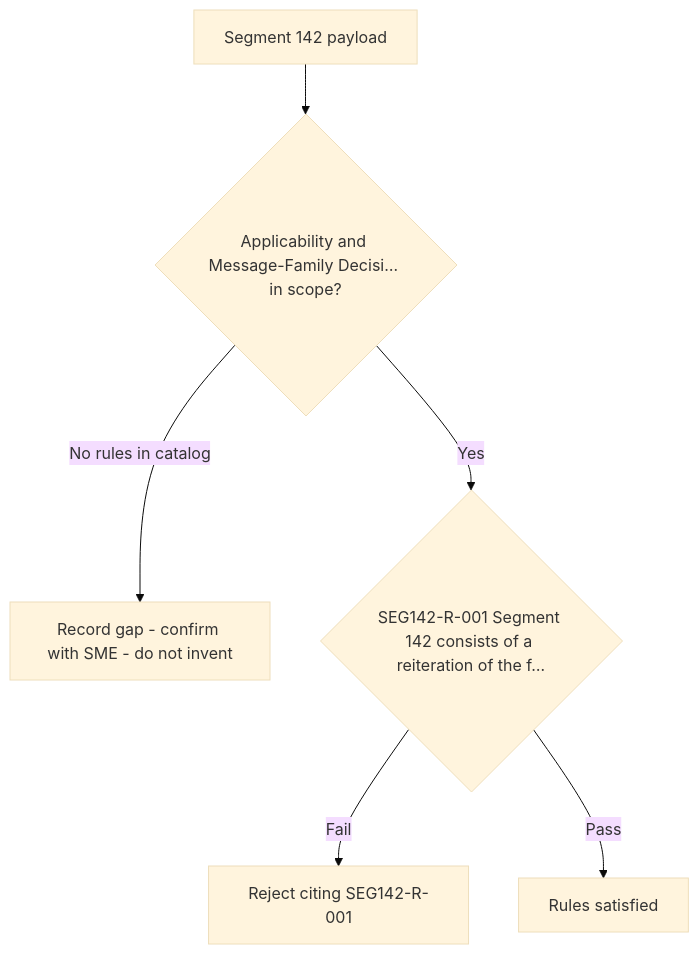
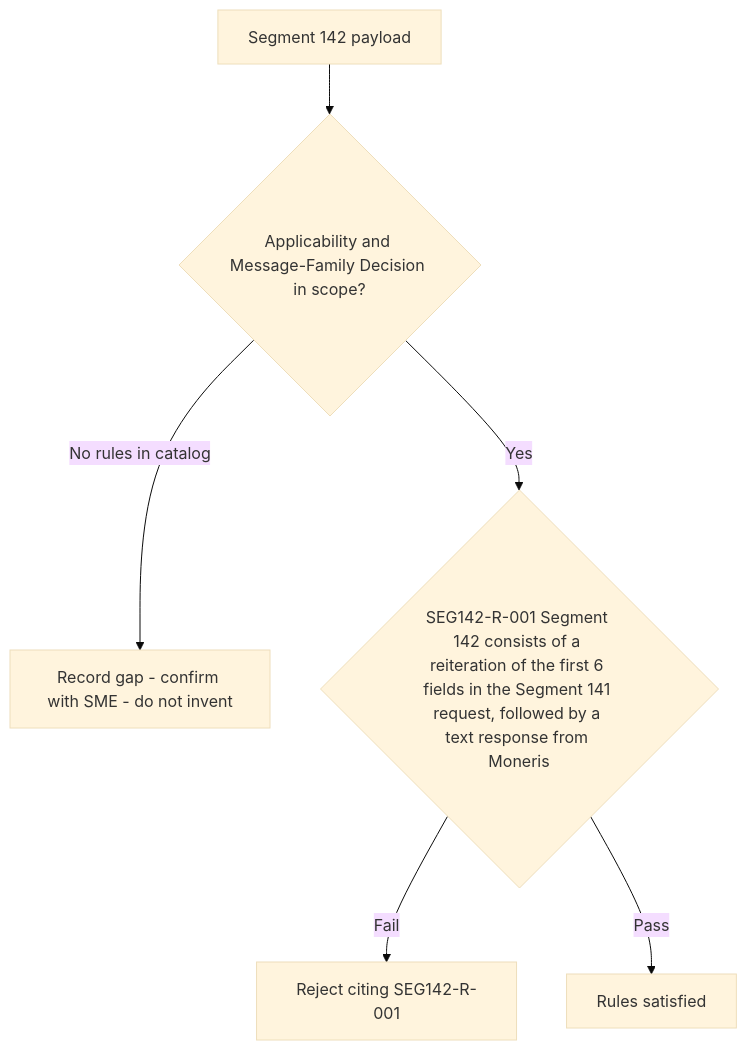
One commit to DhanSingh-hub/core-auth-ai-validation-framework changed the diagram in regression-artifact-validator/specifications/ATL105/docs/specs/kb/segment-142/applicability-decision-flow.md. Above: the diagram before and after it, drawn with Mermaid (base theme). The commit also changed 150 other files, not shown here.

````diff
--- a/regression-artifact-validator/specifications/ATL105/docs/specs/kb/segment-142/applicability-decision-flow.md
+++ b/regression-artifact-validator/specifications/ATL105/docs/specs/kb/segment-142/applicability-decision-flow.md
@@ -3,8 +3,8 @@
 ```mermaid
 flowchart TD
-    A[Segment 142 payload] --> B{Applicability and Message-Family Decisi… in scope?}
+    A[Segment 142 payload] --> B{Applicability and Message-Family Decision in scope?}
     B -->|No rules in catalog| G[Record gap - confirm with SME - do not invent]
-    B -->|Yes| R1{SEG142-R-001 Segment 142 consists of a reiteration of the f…}
+    B -->|Yes| R1{SEG142-R-001 Segment 142 consists of a reiteration of the first 6 fields in the Segment 141 request, followed by a text response from Moneris}
     R1 -->|Fail| X1[Reject citing SEG142-R-001]
     R1 -->|Pass| Z[Rules satisfied]
 ```
````
